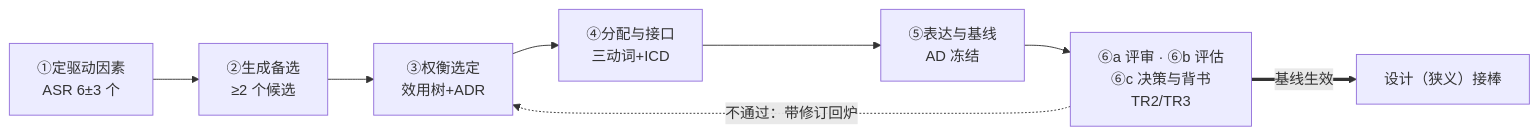
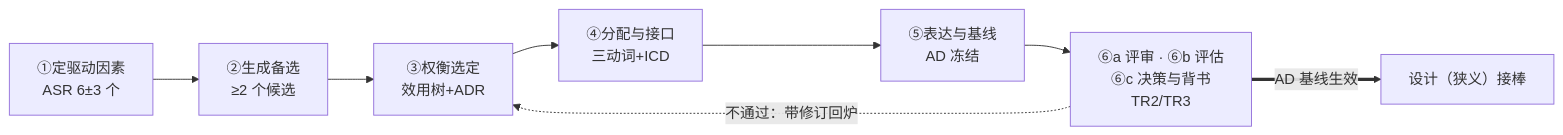
One commit to Yongjunzhou/business-Engineering changed the third of 3 diagrams in 10-系统工程研究/00-系统工程相关研究报告/16-构思定义设计关系及架构活动研究报告.md. Above: the diagram before and after it, drawn with Mermaid. The commit also changed other lines of this file and 31 other files, not shown here.

````diff
--- a/10-系统工程研究/00-系统工程相关研究报告/16-构思定义设计关系及架构活动研究报告.md
+++ b/10-系统工程研究/00-系统工程相关研究报告/16-构思定义设计关系及架构活动研究报告.md
@@ -326,10 +377,10 @@
 ```mermaid
 flowchart LR
     S1["①定驱动因素<br/>ASR 6±3 个"] --> S2["②生成备选<br/>≥2 个候选"]
     S2 --> S3["③权衡选定<br/>效用树+ADR"]
     S3 --> S4["④分配与接口<br/>三动词+ICD"]
     S4 --> S5["⑤表达与基线<br/>AD 冻结"]
     S5 --> S6["⑥a 评审 · ⑥b 评估<br/>⑥c 决策与背书<br/>TR2/TR3"]
     S6 -.不通过：带修订回炉.-> S3
-    S6 ==>|基线生效| DES["设计（狭义）接棒"]
+    S6 ==>|AD 基线生效| DES["设计（狭义）接棒"]
 ```
````
